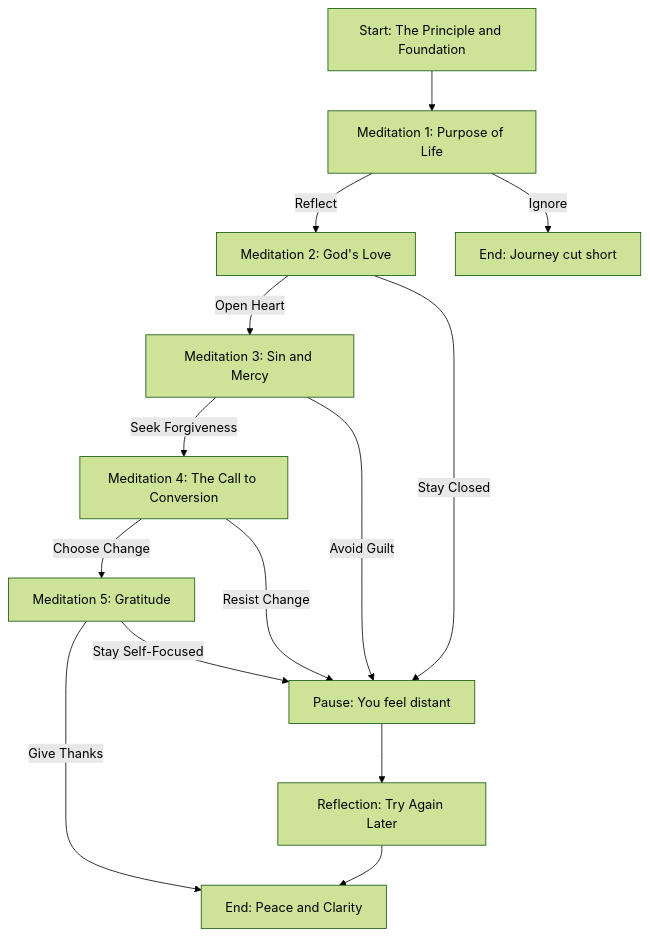
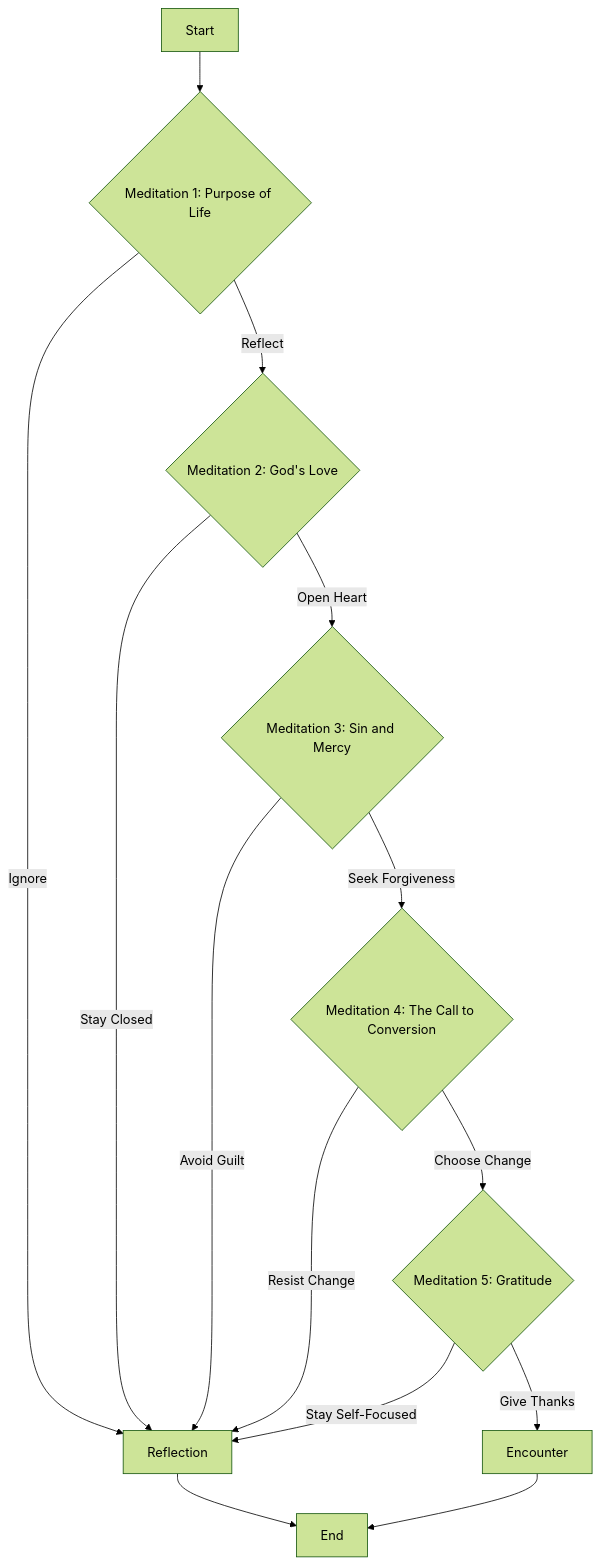
The diagram in Week5/README.md (alanmaizon/Software-Development), drawn with Mermaid (forest theme) before and after one commit. The commit also changed other lines of this file, not shown here.

````diff
--- a/Week5/README.md
+++ b/Week5/README.md
@@ -8,21 +8,21 @@
 ```mermaid
 flowchart TB
-    A[Start: The Principle and Foundation] --> B[Meditation 1: Purpose of Life]
-    B -->|Reflect| C[Meditation 2: God's Love]
-    B -->|Ignore| X[End: Journey cut short]
+    A[Start] --> B{Meditation 1: Purpose of Life}
+    B -->|Reflect| C{Meditation 2: God's Love}
+    B -->|Ignore| G[Reflection]
 
-    C -->|Open Heart| D[Meditation 3: Sin and Mercy]
-    C -->|Stay Closed| Y[Pause: You feel distant]
+    C -->|Open Heart| D{Meditation 3: Sin and Mercy}
+    C -->|Stay Closed| G
 
-    D -->|Seek Forgiveness| E[Meditation 4: The Call to Conversion]
-    D -->|Avoid Guilt| Y
+    D -->|Seek Forgiveness| E{Meditation 4: The Call to Conversion}
+    D -->|Avoid Guilt| G
 
-    E -->|Choose Change| F[Meditation 5: Gratitude]
-    E -->|Resist Change| Y
+    E -->|Choose Change| F{Meditation 5: Gratitude}
+    E -->|Resist Change| G
 
-    F -->|Give Thanks| G[End: Peace and Clarity]
-    F -->|Stay Self-Focused| Y
+    F -->|Give Thanks| H[Encounter]
+    F -->|Stay Self-Focused| G 
 
-    Y --> H[Reflection: Try Again Later]
-    H --> G
+    G --> I[End]
+    H --> I
 ```
````
